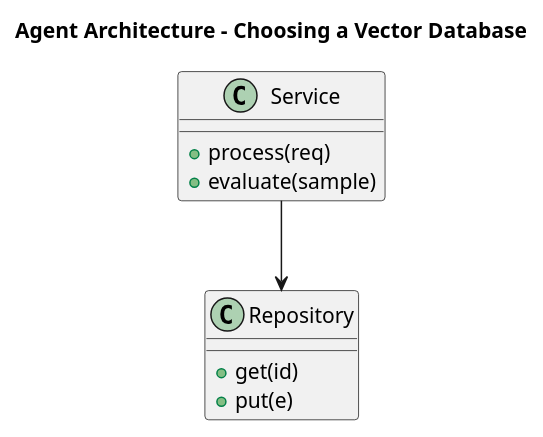
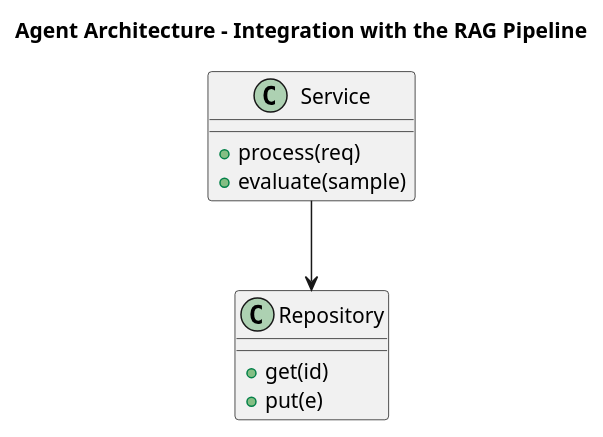
Before and after one commit to ankit05121980/AI-University: the diagram in content/vector-databases/vector-databases-foundations/diagrams/fig-018-agent-architecture.puml, drawn with PlantUML. The commit also changed 408 other files, not shown here.

First line of the commit message:
Chapter-paginated reader, fix horizontal scroll, richer diagrams + UI

```diff
--- a/content/vector-databases/vector-databases-foundations/diagrams/fig-018-agent-architecture.puml
+++ b/content/vector-databases/vector-databases-foundations/diagrams/fig-018-agent-architecture.puml
@@ -1,12 +1,12 @@
 @startuml
-title Agent Architecture - Choosing a Vector Database
+title Agent Architecture - Integration with the RAG Pipeline
 class Service {
   +process(req)
   +evaluate(sample)
 }
 class Repository {
   +get(id)
   +put(e)
 }
 Service --> Repository
 @enduml
```
